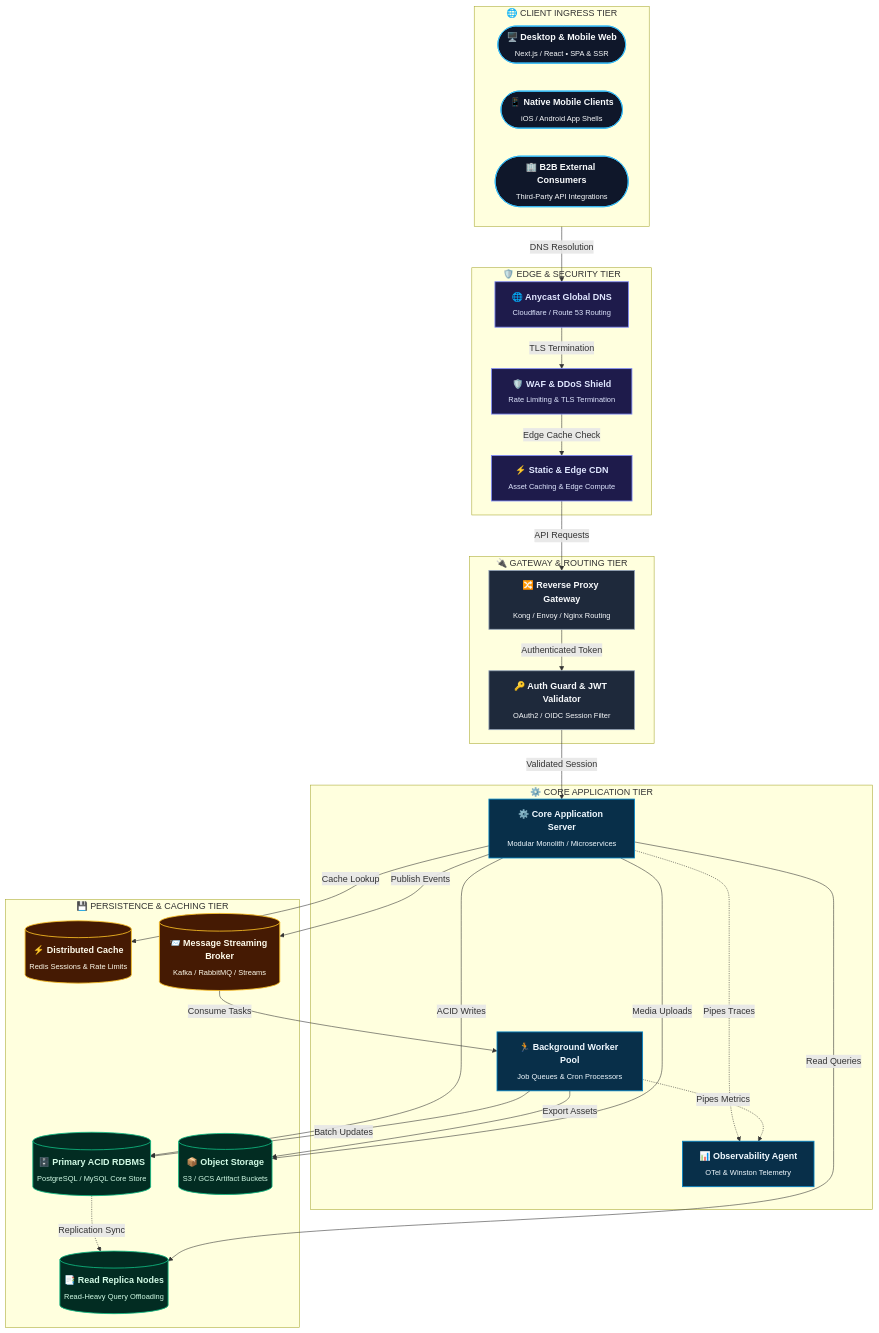
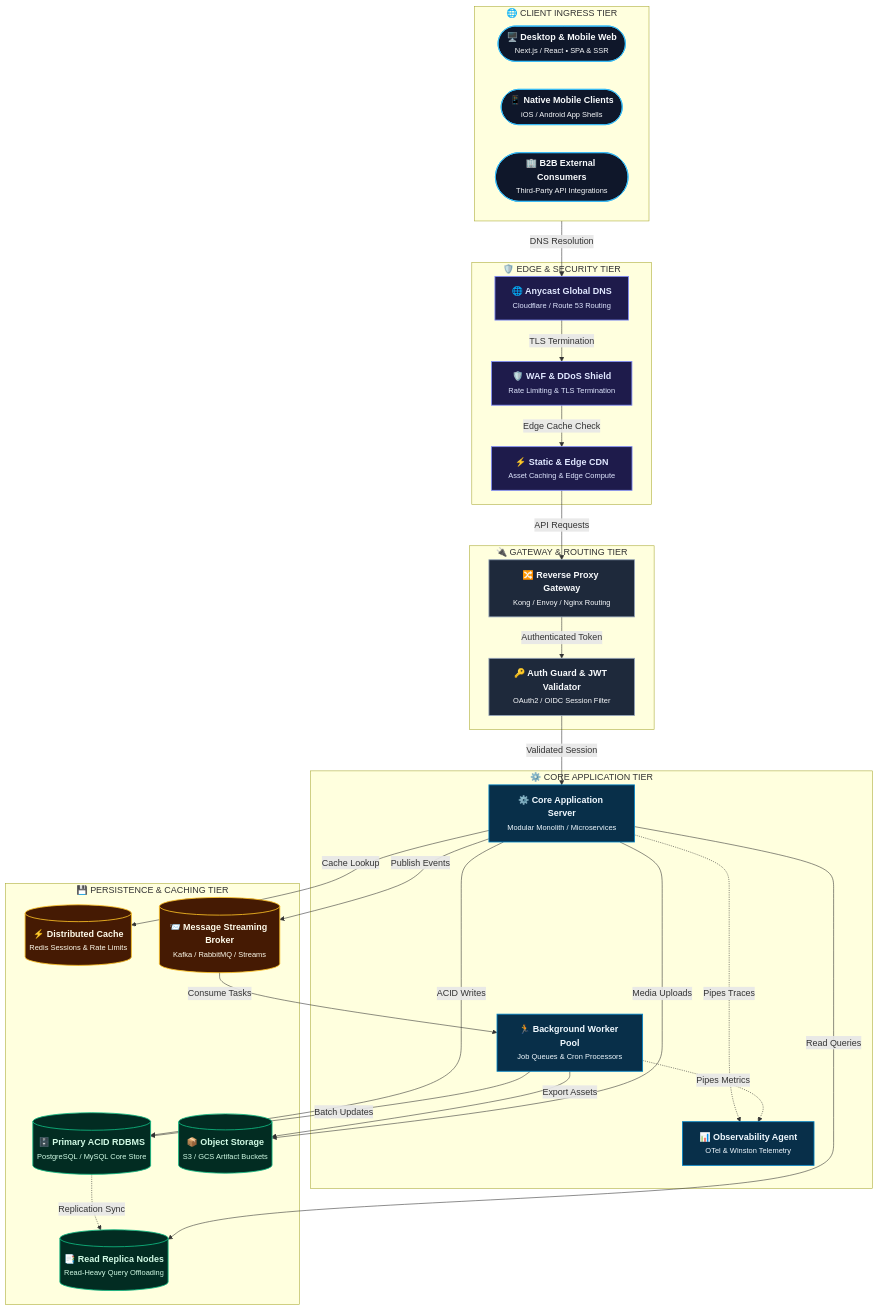
One commit to rmsofficialsyt/Agentic-AI-Vibe-Coding-AND-SDD-TDD-Codebase-Chandan-Adhikary changed the first of 3 diagrams in SDD-TDD-Chandan-Adhikary/Spec-Driven-Development/docs/system-architecture.md. Above: the diagram before and after it, drawn with Mermaid. The commit also changed 27 other files, not shown here.

Commit message:
docs: resolve text overlap and scattering across all diagrams via semantic typography and layout contracts

````diff
--- a/SDD-TDD-Chandan-Adhikary/Spec-Driven-Development/docs/system-architecture.md
+++ b/SDD-TDD-Chandan-Adhikary/Spec-Driven-Development/docs/system-architecture.md
@@ -23,61 +23,61 @@
 ```mermaid
 flowchart TD
     classDef client fill:#0f172a,stroke:#38bdf8,stroke-width:1.5px,color:#f8fafc;
     classDef edge fill:#1e1b4b,stroke:#818cf8,stroke-width:1.5px,color:#e0e7ff;
     classDef gw fill:#1e293b,stroke:#94a3b8,stroke-width:1.5px,color:#f8fafc;
     classDef app fill:#082f49,stroke:#0284c7,stroke-width:1.5px,color:#f0f9ff;
     classDef data fill:#022c22,stroke:#10b981,stroke-width:1.5px,color:#d1fae5;
     classDef cache fill:#451a03,stroke:#fbbf24,stroke-width:1.5px,color:#fffbeb;
 
     subgraph Clients ["🌐 CLIENT INGRESS TIER"]
-        Browser(["<b>🖥️ Desktop & Mobile Web</b><br/><sub>Next.js / React • SPA & SSR</sub>"]):::client
-        MobileApp(["<b>📱 Native Mobile Clients</b><br/><sub>iOS / Android App Shells</sub>"]):::client
-        ExternalAPI(["<b>🏢 B2B External Consumers</b><br/><sub>Third-Party API Integrations</sub>"]):::client
+        Browser(["<b>🖥️ Desktop & Mobile Web</b><br/><small>Next.js / React • SPA & SSR</small>"]):::client
+        MobileApp(["<b>📱 Native Mobile Clients</b><br/><small>iOS / Android App Shells</small>"]):::client
+        ExternalAPI(["<b>🏢 B2B External Consumers</b><br/><small>Third-Party API Integrations</small>"]):::client
     end
 
     subgraph Edge ["🛡️ EDGE & SECURITY TIER"]
-        DNS["<b>🌐 Anycast Global DNS</b><br/><sub>Cloudflare / Route 53 Routing</sub>"]:::edge
-        CDN["<b>⚡ Static & Edge CDN</b><br/><sub>Asset Caching & Edge Compute</sub>"]:::edge
-        WAF["<b>🛡️ WAF & DDoS Shield</b><br/><sub>Rate Limiting & TLS Termination</sub>"]:::edge
+        DNS["<b>🌐 Anycast Global DNS</b><br/><small>Cloudflare / Route 53 Routing</small>"]:::edge
+        CDN["<b>⚡ Static & Edge CDN</b><br/><small>Asset Caching & Edge Compute</small>"]:::edge
+        WAF["<b>🛡️ WAF & DDoS Shield</b><br/><small>Rate Limiting & TLS Termination</small>"]:::edge
     end
 
     subgraph Gateway ["🔌 GATEWAY & ROUTING TIER"]
-        APIGateway["<b>🔀 Reverse Proxy Gateway</b><br/><sub>Kong / Envoy / Nginx Routing</sub>"]:::gw
-        AuthFilter["<b>🔑 Auth Guard & JWT Validator</b><br/><sub>OAuth2 / OIDC Session Filter</sub>"]:::gw
+        APIGateway["<b>🔀 Reverse Proxy Gateway</b><br/><small>Kong / Envoy / Nginx Routing</small>"]:::gw
+        AuthFilter["<b>🔑 Auth Guard & JWT Validator</b><br/><small>OAuth2 / OIDC Session Filter</small>"]:::gw
     end
 
     subgraph AppTier ["⚙️ CORE APPLICATION TIER"]
-        CoreService["<b>⚙️ Core Application Server</b><br/><sub>Modular Monolith / Microservices</sub>"]:::app
-        AsyncWorker["<b>🏃 Background Worker Pool</b><br/><sub>Job Queues & Cron Processors</sub>"]:::app
-        Telemetry["<b>📊 Observability Agent</b><br/><sub>OTel & Winston Telemetry</sub>"]:::app
+        CoreService["<b>⚙️ Core Application Server</b><br/><small>Modular Monolith / Microservices</small>"]:::app
+        AsyncWorker["<b>🏃 Background Worker Pool</b><br/><small>Job Queues & Cron Processors</small>"]:::app
+        Telemetry["<b>📊 Observability Agent</b><br/><small>OTel & Winston Telemetry</small>"]:::app
     end
 
     subgraph DataTier ["💾 PERSISTENCE & CACHING TIER"]
-        PrimaryDB[("<b>🗄️ Primary ACID RDBMS</b><br/><sub>PostgreSQL / MySQL Core Store</sub>")]:::data
-        ReadReplica[("<b>📑 Read Replica Nodes</b><br/><sub>Read-Heavy Query Offloading</sub>")]:::data
-        RedisCache[("<b>⚡ Distributed Cache</b><br/><sub>Redis Sessions & Rate Limits</sub>")]:::cache
-        MsgQueue[("<b>📨 Message Streaming Broker</b><br/><sub>Kafka / RabbitMQ / Streams</sub>")]:::cache
-        BlobStore[("<b>📦 Object Storage</b><br/><sub>S3 / GCS Artifact Buckets</sub>")]:::data
+        PrimaryDB[("<b>🗄️ Primary ACID RDBMS</b><br/><small>PostgreSQL / MySQL Core Store</small>")]:::data
+        ReadReplica[("<b>📑 Read Replica Nodes</b><br/><small>Read-Heavy Query Offloading</small>")]:::data
+        RedisCache[("<b>⚡ Distributed Cache</b><br/><small>Redis Sessions & Rate Limits</small>")]:::cache
+        MsgQueue[("<b>📨 Message Streaming Broker</b><br/><small>Kafka / RabbitMQ / Streams</small>")]:::cache
+        BlobStore[("<b>📦 Object Storage</b><br/><small>S3 / GCS Artifact Buckets</small>")]:::data
     end
 
     Clients -->|"DNS Resolution"| DNS
     DNS -->|"TLS Termination"| WAF
     WAF -->|"Edge Cache Check"| CDN
     CDN -->|"API Requests"| APIGateway
     APIGateway -->|"Authenticated Token"| AuthFilter
     AuthFilter -->|"Validated Session"| CoreService
 
     CoreService -->|"ACID Writes"| PrimaryDB
     PrimaryDB -.->|"Replication Sync"| ReadReplica
     CoreService -->|"Read Queries"| ReadReplica
     CoreService -->|"Cache Lookup"| RedisCache
     CoreService -->|"Publish Events"| MsgQueue
 
     MsgQueue -->|"Consume Tasks"| AsyncWorker
     AsyncWorker -->|"Batch Updates"| PrimaryDB
     AsyncWorker -->|"Export Assets"| BlobStore
     CoreService -->|"Media Uploads"| BlobStore
 
     CoreService -.->|"Pipes Traces"| Telemetry
     AsyncWorker -.->|"Pipes Metrics"| Telemetry
 ```
````
